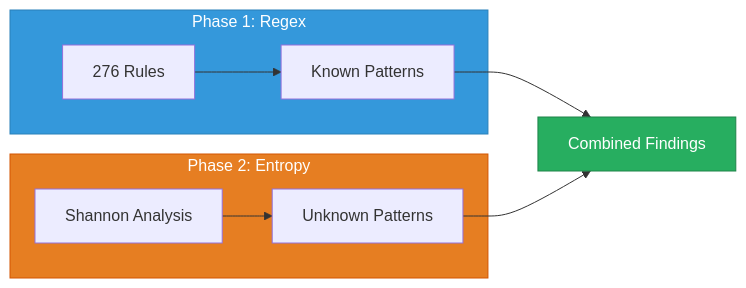
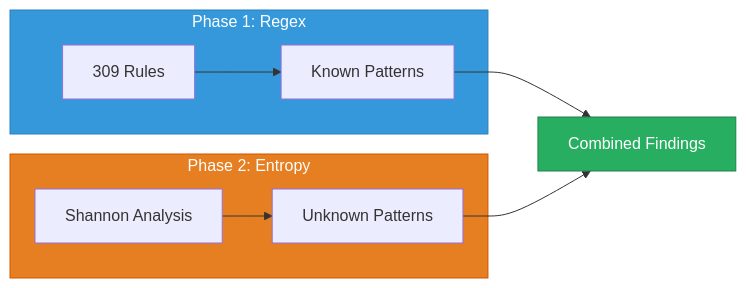
Diagram 26 of 37 in docs/training/01-core-detection-engine.md (svemulapati/CredVigil), drawn with Mermaid before and after one commit. The commit also changed other lines of this file and 2 other files, not shown here.

First line of the commit message:
feat(rules): add 33 modern AI/ML and developer infrastructure detection rules

````diff
--- a/docs/training/01-core-detection-engine.md
+++ b/docs/training/01-core-detection-engine.md
@@ -1452,13 +1454,13 @@
 ```mermaid
 flowchart LR
     subgraph Phase1["Phase 1: Regex"]
-        A["276 Rules"] --> B["Known Patterns"]
+        A["309 Rules"] --> B["Known Patterns"]
     end
     subgraph Phase2["Phase 2: Entropy"]
         C["Shannon Analysis"] --> D["Unknown Patterns"]
     end
     B & D --> E["Combined Findings"]
     style Phase1 fill:#3498DB,stroke:#2980B9,color:#fff
     style Phase2 fill:#E67E22,stroke:#D35400,color:#fff
     style E fill:#27AE60,stroke:#1E8449,color:#fff
 ```
````
